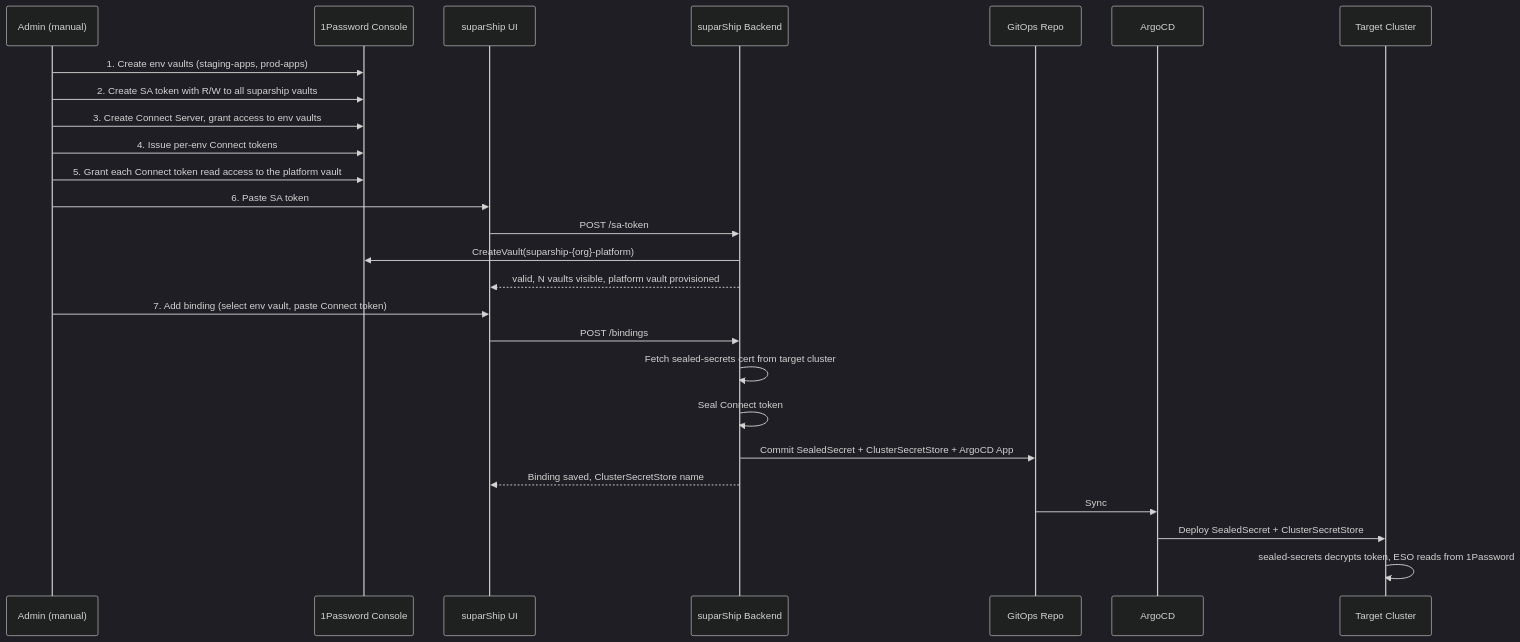
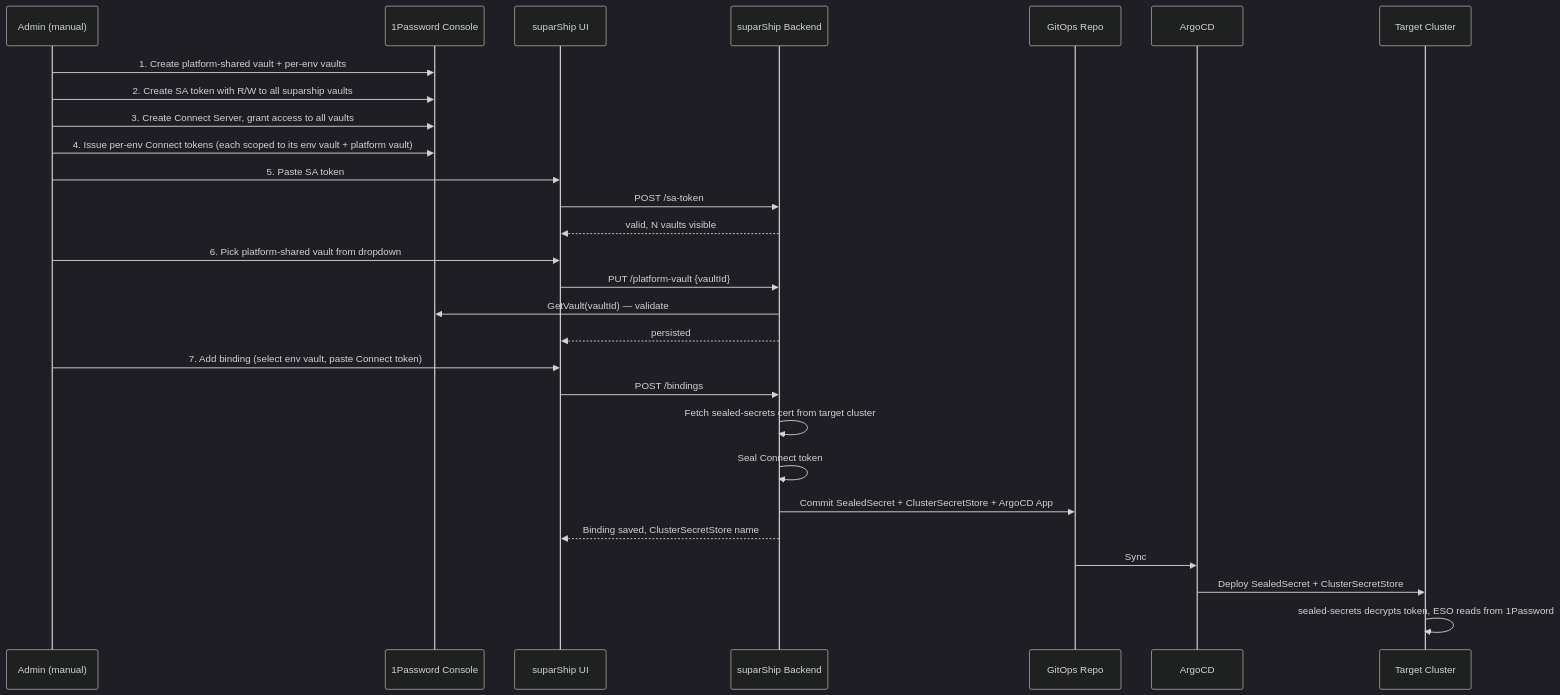
Before and after one commit to suparcloud/suparship: the first of 2 diagrams in docs/secrets.md, drawn with Mermaid (dark theme). The commit also changed other lines of this file and 5 other files, not shown here.

````diff
--- a/docs/secrets.md
+++ b/docs/secrets.md
@@ -29,29 +28,31 @@
 ```mermaid
 sequenceDiagram
     participant Admin as Admin (manual)
     participant OP as 1Password Console
     participant UI as suparShip UI
     participant API as suparShip Backend
     participant Git as GitOps Repo
     participant Argo as ArgoCD
     participant Target as Target Cluster
 
-    Admin->>OP: 1. Create env vaults (staging-apps, prod-apps)
+    Admin->>OP: 1. Create platform-shared vault + per-env vaults
     Admin->>OP: 2. Create SA token with R/W to all suparship vaults
-    Admin->>OP: 3. Create Connect Server, grant access to env vaults
-    Admin->>OP: 4. Issue per-env Connect tokens
-    Admin->>OP: 5. Grant each Connect token read access to the platform vault
-    Admin->>UI: 6. Paste SA token
+    Admin->>OP: 3. Create Connect Server, grant access to all vaults
+    Admin->>OP: 4. Issue per-env Connect tokens (each scoped to its env vault + platform vault)
+    Admin->>UI: 5. Paste SA token
     UI->>API: POST /sa-token
-    API->>OP: CreateVault(suparship-{org}-platform)
-    API-->>UI: valid, N vaults visible, platform vault provisioned
+    API-->>UI: valid, N vaults visible
+    Admin->>UI: 6. Pick platform-shared vault from dropdown
+    UI->>API: PUT /platform-vault {vaultId}
+    API->>OP: GetVault(vaultId) — validate
+    API-->>UI: persisted
     Admin->>UI: 7. Add binding (select env vault, paste Connect token)
     UI->>API: POST /bindings
     API->>API: Fetch sealed-secrets cert from target cluster
     API->>API: Seal Connect token
     API->>Git: Commit SealedSecret + ClusterSecretStore + ArgoCD App
     API-->>UI: Binding saved, ClusterSecretStore name
     Git->>Argo: Sync
     Argo->>Target: Deploy SealedSecret + ClusterSecretStore
     Target->>Target: sealed-secrets decrypts token, ESO reads from 1Password
 ```
````
